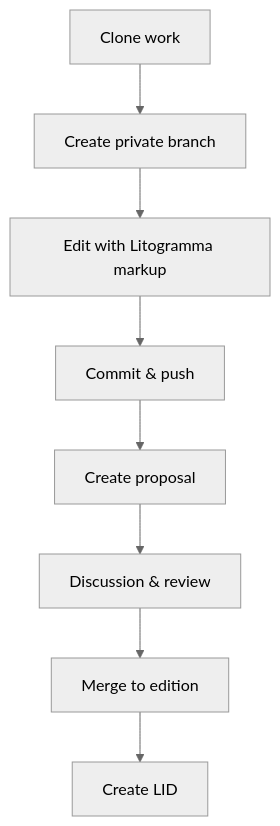
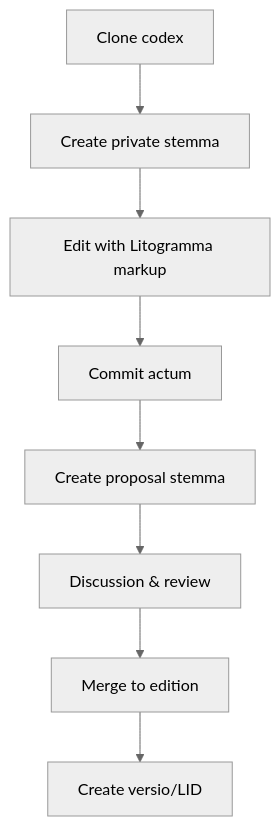
Before and after one commit to deyanovich/litodex: the diagram in README.md, drawn with Mermaid (neutral theme). The commit also changed other lines of this file, not shown here.

````diff
--- a/README.md
+++ b/README.md
@@ -220,10 +264,10 @@
 ```mermaid
 graph TD
-    A[Clone work] --> B[Create private branch]
+    A[Clone codex] --> B[Create private stemma]
     B --> C[Edit with Litogramma markup]
-    C --> D[Commit & push]
-    D --> E[Create proposal]
+    C --> D[Commit actum]
+    D --> E[Create proposal stemma]
     E --> F[Discussion & review]
     F --> G[Merge to edition]
-    G --> H[Create LID]
+    G --> H[Create versio/LID]
 ```
````
